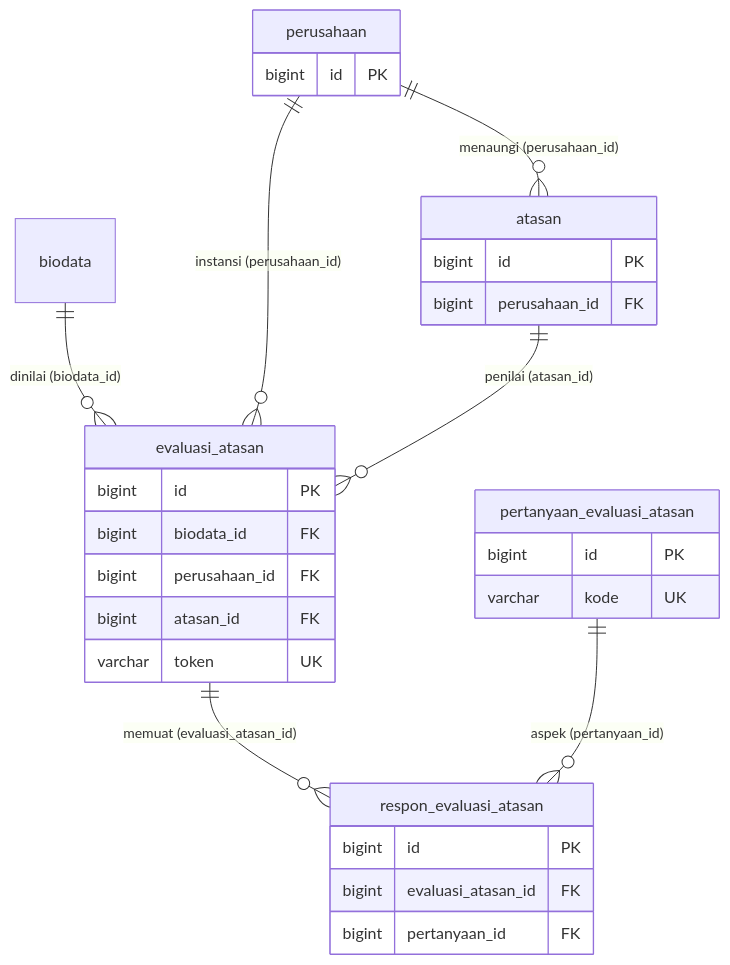
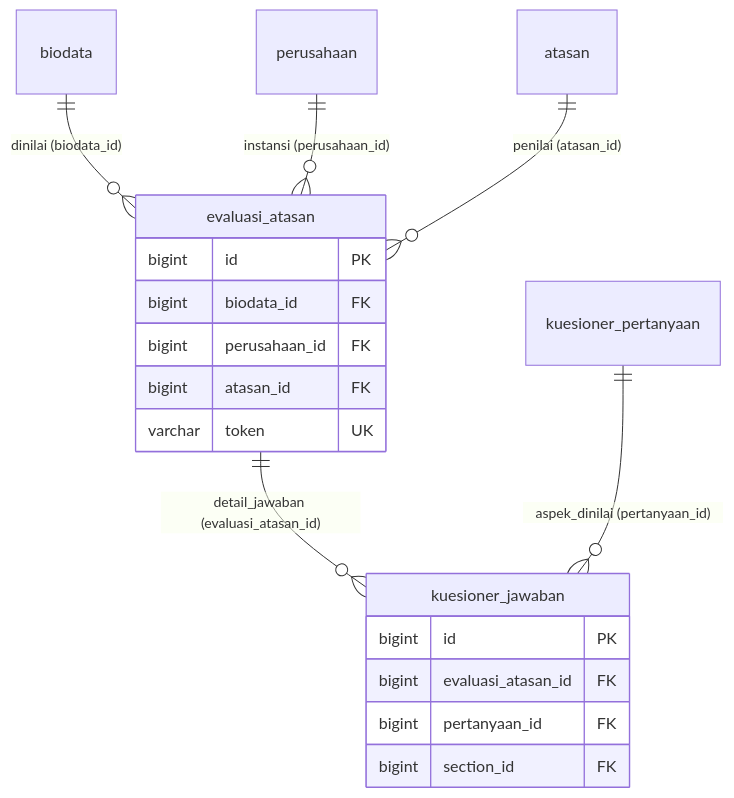
One commit to claraanjelitakd/tugas-akhir changed the sixth of 7 diagrams in ERD.md. Above: the diagram before and after it, drawn with Mermaid. The commit also changed other lines of this file and 96 other files, not shown here.

````diff
--- a/ERD.md
+++ b/ERD.md
@@ -328,37 +281,23 @@
 ```mermaid
 erDiagram
-    perusahaan ||--o{ atasan : "menaungi (perusahaan_id)"
     biodata ||--o{ evaluasi_atasan : "dinilai (biodata_id)"
     perusahaan ||--o{ evaluasi_atasan : "instansi (perusahaan_id)"
     atasan ||--o{ evaluasi_atasan : "penilai (atasan_id)"
-    evaluasi_atasan ||--o{ respon_evaluasi_atasan : "memuat (evaluasi_atasan_id)"
-    pertanyaan_evaluasi_atasan ||--o{ respon_evaluasi_atasan : "aspek (pertanyaan_id)"
-
-    perusahaan {
-        bigint id PK
-    }
-
-    atasan {
-        bigint id PK
-        bigint perusahaan_id FK
-    }
-
-    pertanyaan_evaluasi_atasan {
-        bigint id PK
-        varchar kode UK
-    }
+    evaluasi_atasan ||--o{ kuesioner_jawaban : "detail_jawaban (evaluasi_atasan_id)"
+    kuesioner_pertanyaan ||--o{ kuesioner_jawaban : "aspek_dinilai (pertanyaan_id)"
 
     evaluasi_atasan {
         bigint id PK
         bigint biodata_id FK
         bigint perusahaan_id FK
         bigint atasan_id FK
         varchar token UK
     }
 
-    respon_evaluasi_atasan {
+    kuesioner_jawaban {
         bigint id PK
         bigint evaluasi_atasan_id FK
         bigint pertanyaan_id FK
+        bigint section_id FK
     }
 ```
````
